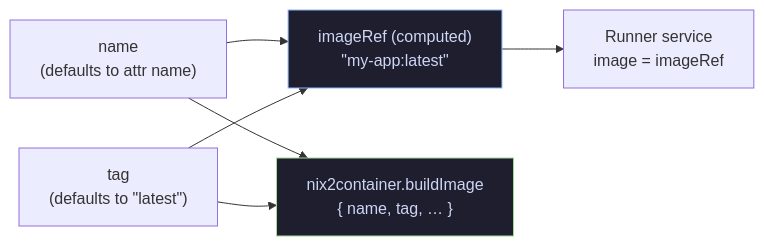
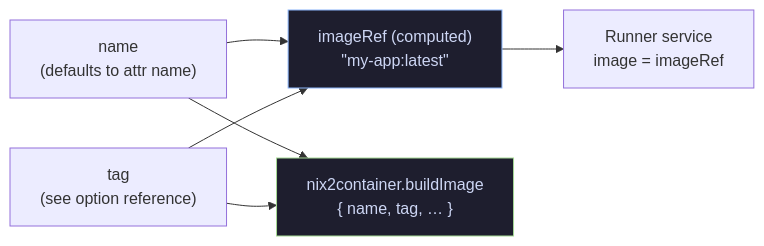
One commit to Dauliac/nix-oci changed the eighth of 16 diagrams in docs/content/explanation/container-metadata-wiring.md. Above: the diagram before and after it, drawn with Mermaid. The commit also changed other lines of this file and 11 other files, not shown here.

````diff
--- a/docs/content/explanation/container-metadata-wiring.md
+++ b/docs/content/explanation/container-metadata-wiring.md
@@ -267,17 +267,17 @@
 ```mermaid
 flowchart LR
     Name["name<br/>(defaults to attr name)"]
-    Tag["tag<br/>(defaults to &quot;latest&quot;)"]
+    Tag["tag<br/>(see option reference)"]
     Ref["imageRef (computed)<br/>&quot;my-app:latest&quot;"]
     Build["nix2container.buildImage<br/>{ name, tag, … }"]
     Runner["Runner service<br/>image = imageRef"]
 
     Name --> Ref
     Tag --> Ref
     Name --> Build
     Tag --> Build
     Ref --> Runner
 
     style Ref fill:#1e1e2e,stroke:#89b4fa,color:#cdd6f4
     style Build fill:#1e1e2e,stroke:#a6da95,color:#cdd6f4
 ```
````
